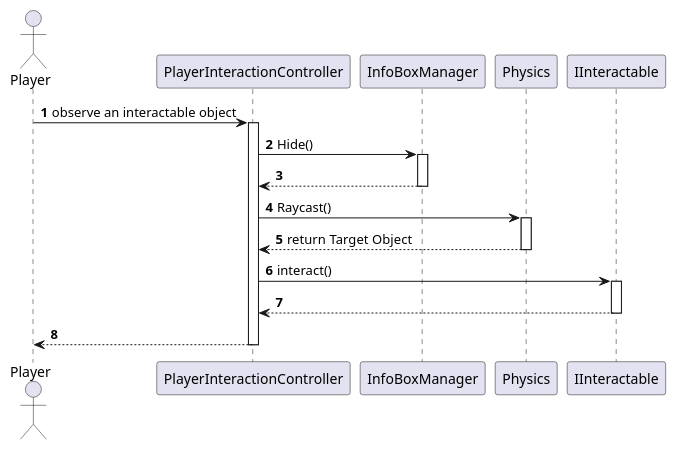
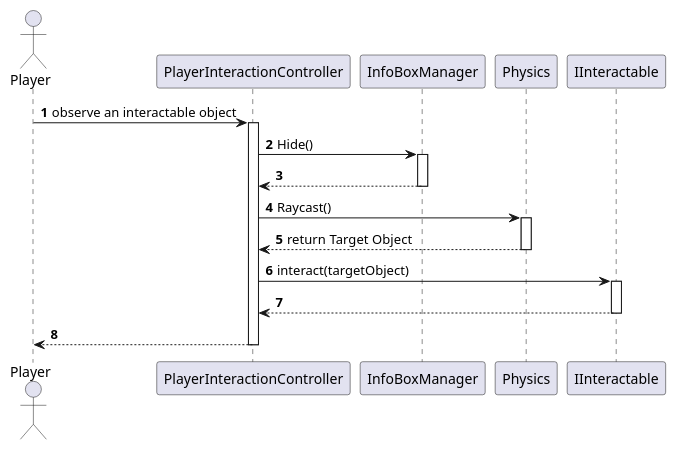
Before and after one commit to AlexDeAguiar/TFG-new-repo: the diagram in TFG-new-project/Documentation/PlantUmlDiagrams/playerInteractionController.puml, drawn with PlantUML. The commit also changed 6 other files, not shown here.

Commit message:
Update diagrams

```diff
--- a/TFG-new-project/Documentation/PlantUmlDiagrams/playerInteractionController.puml
+++ b/TFG-new-project/Documentation/PlantUmlDiagrams/playerInteractionController.puml
@@ -1,30 +1,30 @@
 @startuml playerInteractionController
 autonumber
 
 actor Player order 10
 participant "PlayerInteractionController" as PIC order 20
 participant "InfoBoxManager" as IBM order 30
 participant "Physics" as PRC order 40
 participant "IInteractable" as II order 50
 
 Player -> PIC: observe an interactable object 
 activate PIC
 PIC -> IBM: Hide()
 
 activate IBM
 IBM --> PIC
 deactivate IBM
 
 PIC -> PRC: Raycast()
 activate PRC
 PRC --> PIC: return Target Object
 deactivate PRC 
 
-PIC -> II: interact()
+PIC -> II: interact(targetObject)
 activate II
 II --> PIC
 deactivate II
 
 PIC --> Player
 deactivate PIC
 @enduml
```
